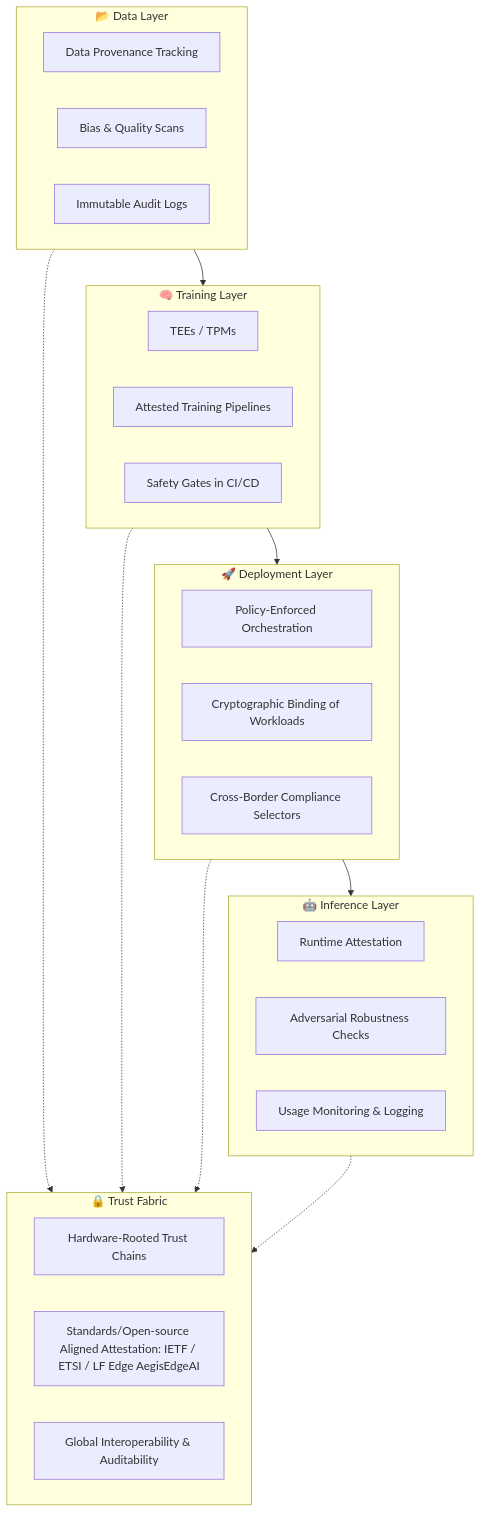
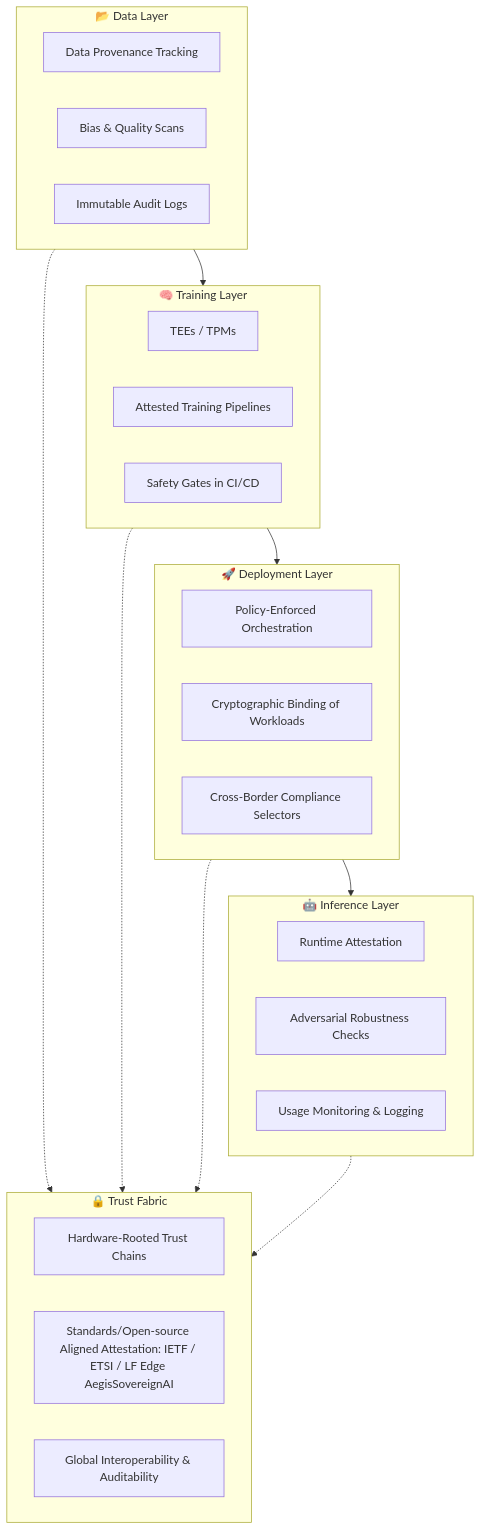
Before and after one commit to lfedgeai/AegisEdgeAI: the diagram in docs/ai-safety.md, drawn with Mermaid. The commit also changed 13 other files, not shown here.

First line of the commit message:
docs: Replace AegisEdgeAI with AegisSovereignAI in all documentation files

````diff
--- a/docs/ai-safety.md
+++ b/docs/ai-safety.md
@@ -48,43 +48,43 @@
 ```mermaid
 flowchart TD
     subgraph Data["📂 Data Layer"]
         D1[Data Provenance Tracking]
         D2[Bias & Quality Scans]
         D3[Immutable Audit Logs]
     end
 
     subgraph Training["🧠 Training Layer"]
         T1[TEEs / TPMs]
         T2[Attested Training Pipelines]
         T3[Safety Gates in CI/CD]
     end
 
     subgraph Deployment["🚀 Deployment Layer"]
         P1[Policy-Enforced Orchestration]
         P2[Cryptographic Binding of Workloads]
         P3[Cross-Border Compliance Selectors]
     end
 
     subgraph Inference["🤖 Inference Layer"]
         I1[Runtime Attestation]
         I2[Adversarial Robustness Checks]
         I3[Usage Monitoring & Logging]
     end
 
     subgraph TrustFabric["🔒 Trust Fabric"]
         F1[Hardware-Rooted Trust Chains]
-        F2["Standards/Open-source Aligned Attestation: IETF / ETSI / LF Edge AegisEdgeAI"]
+        F2["Standards/Open-source Aligned Attestation: IETF / ETSI / LF Edge AegisSovereignAI"]
         F3[Global Interoperability & Auditability]
     end
 
     %% Connections
     Data --> Training
     Training --> Deployment
     Deployment --> Inference
 
     Data -.-> TrustFabric
     Training -.-> TrustFabric
     Deployment -.-> TrustFabric
     Inference -.-> TrustFabric
 
 ```
````
